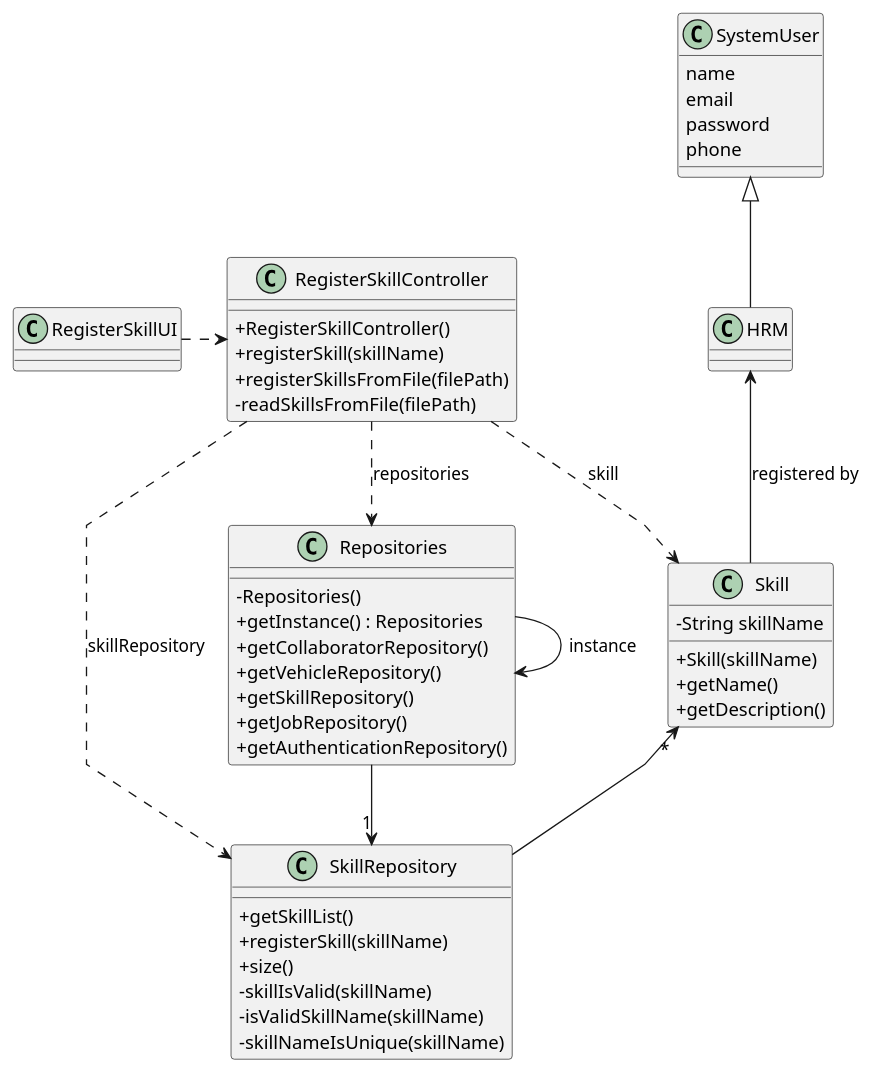
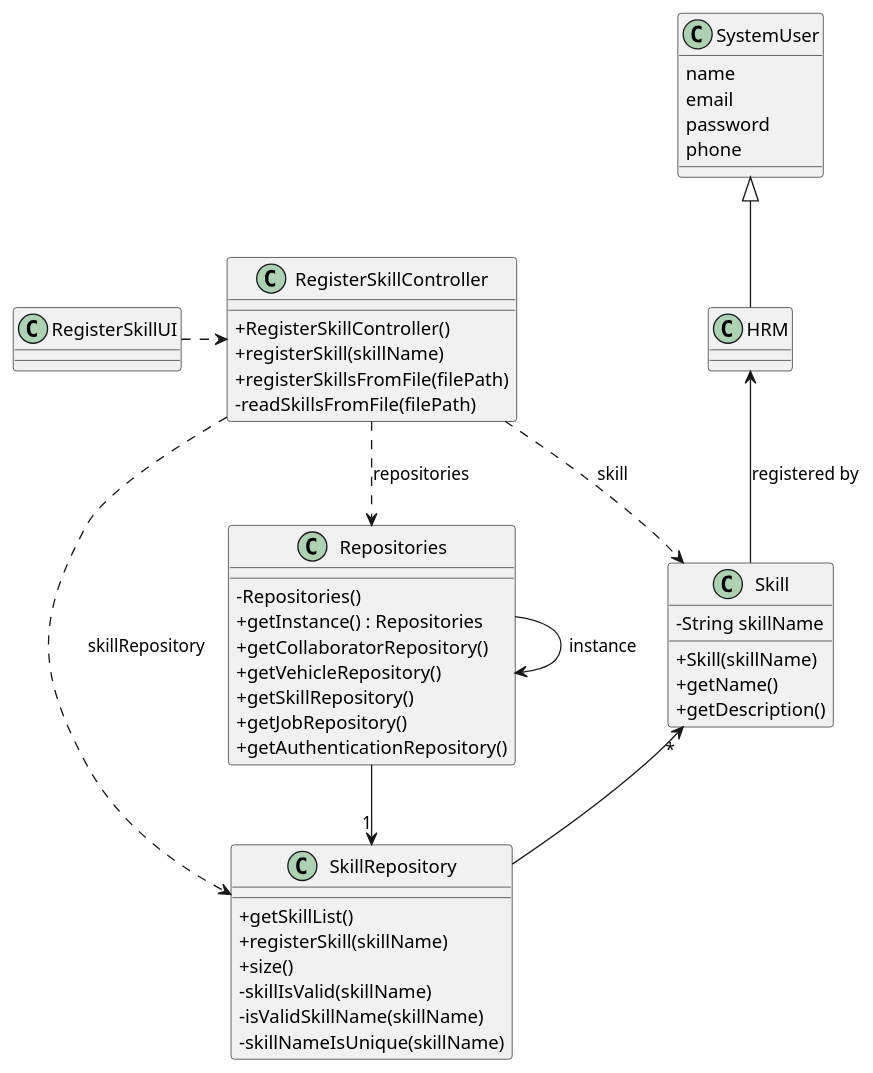
One commit to Departamento-de-Engenharia-Informatica/lei-24-s2-1do-g164 changed the diagram in docs/sprintB/us001/03.design/puml/us001-class-diagram.puml. Above: the diagram before and after it, drawn with PlantUML. The commit also changed 1 other file, not shown here.

```diff
--- a/docs/sprintB/us001/03.design/puml/us001-class-diagram.puml
+++ b/docs/sprintB/us001/03.design/puml/us001-class-diagram.puml
@@ -1,71 +1,72 @@
 @startuml
-'skinparam monochrome true
+ skinparam monochrome false
+
 skinparam packageStyle rectangle
 skinparam shadowing false
 skinparam linetype polyline
-'skinparam linetype orto
+skinparam linetype orto
 
 skinparam classAttributeIconSize 0
 
 'left to right direction
 
 class Skill {
     - String skillName
     + Skill(skillName)
     + getName()
     + getDescription()
 }
 
 class Repositories {
 
 
     - Repositories()
     + getInstance() : Repositories
     + getCollaboratorRepository()
     + getVehicleRepository()
     + getSkillRepository()
     + getJobRepository()
     + getAuthenticationRepository()
 }
 
 class SkillRepository {
 
     + getSkillList()
     + registerSkill(skillName)
     + size()
     - skillIsValid(skillName)
     - isValidSkillName(skillName)
     - skillNameIsUnique(skillName)
 }
 
 class RegisterSkillController {
 
     + RegisterSkillController()
     + registerSkill(skillName)
     + registerSkillsFromFile(filePath)
     - readSkillsFromFile(filePath)
 }
 
 class HRM {}
 
 class SystemUser {
     name
     email
     password
     phone
 }
 
 class RegisterSkillUI {}
 
 SystemUser <|-- HRM
 HRM  <-- Skill : registered by
 RegisterSkillController ..> Repositories : repositories
 RegisterSkillController ..> SkillRepository : skillRepository
 RegisterSkillController ..> Skill : skill
 
 RegisterSkillUI .> RegisterSkillController
 Repositories -->"1" SkillRepository
 Repositories -> Repositories : instance
 Skill "*" <-- SkillRepository
 
 @enduml
```
